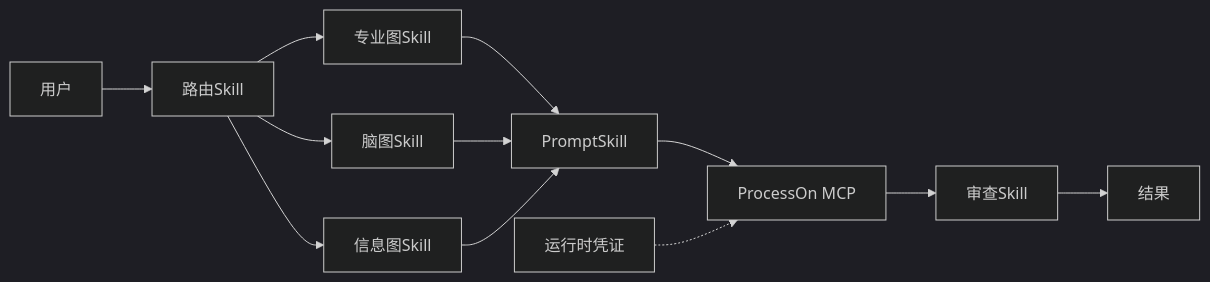
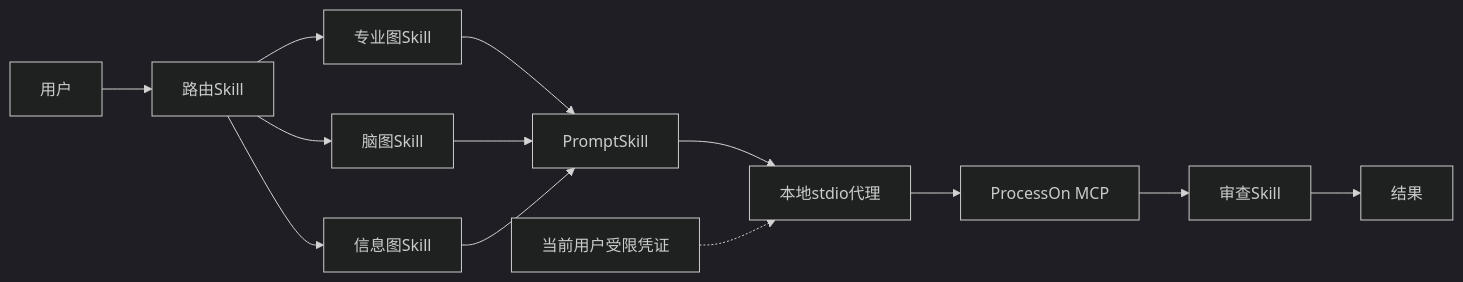
The diagram in docs/Codex-ProcessOn-Plugin-Architecture.zh_CN.md (full-stack-plugins/partme-processon-plugin), drawn with Mermaid (dark theme) before and after one commit. The commit also changed other lines of this file and 9 other files, not shown here.

````diff
--- a/docs/Codex-ProcessOn-Plugin-Architecture.zh_CN.md
+++ b/docs/Codex-ProcessOn-Plugin-Architecture.zh_CN.md
@@ -7,14 +7,15 @@
 ```mermaid
 flowchart LR
     用户 --> 路由Skill
     路由Skill --> 专业图Skill
     路由Skill --> 脑图Skill
     路由Skill --> 信息图Skill
     专业图Skill --> PromptSkill
     脑图Skill --> PromptSkill
     信息图Skill --> PromptSkill
-    PromptSkill --> MCP[ProcessOn MCP]
+    PromptSkill --> 本地代理[本地stdio代理]
+    本地代理 --> MCP[ProcessOn MCP]
     MCP --> 审查Skill
     审查Skill --> 结果
-    运行时凭证 -.-> MCP
+    用户级凭证[当前用户受限凭证] -.-> 本地代理
 ```
````
